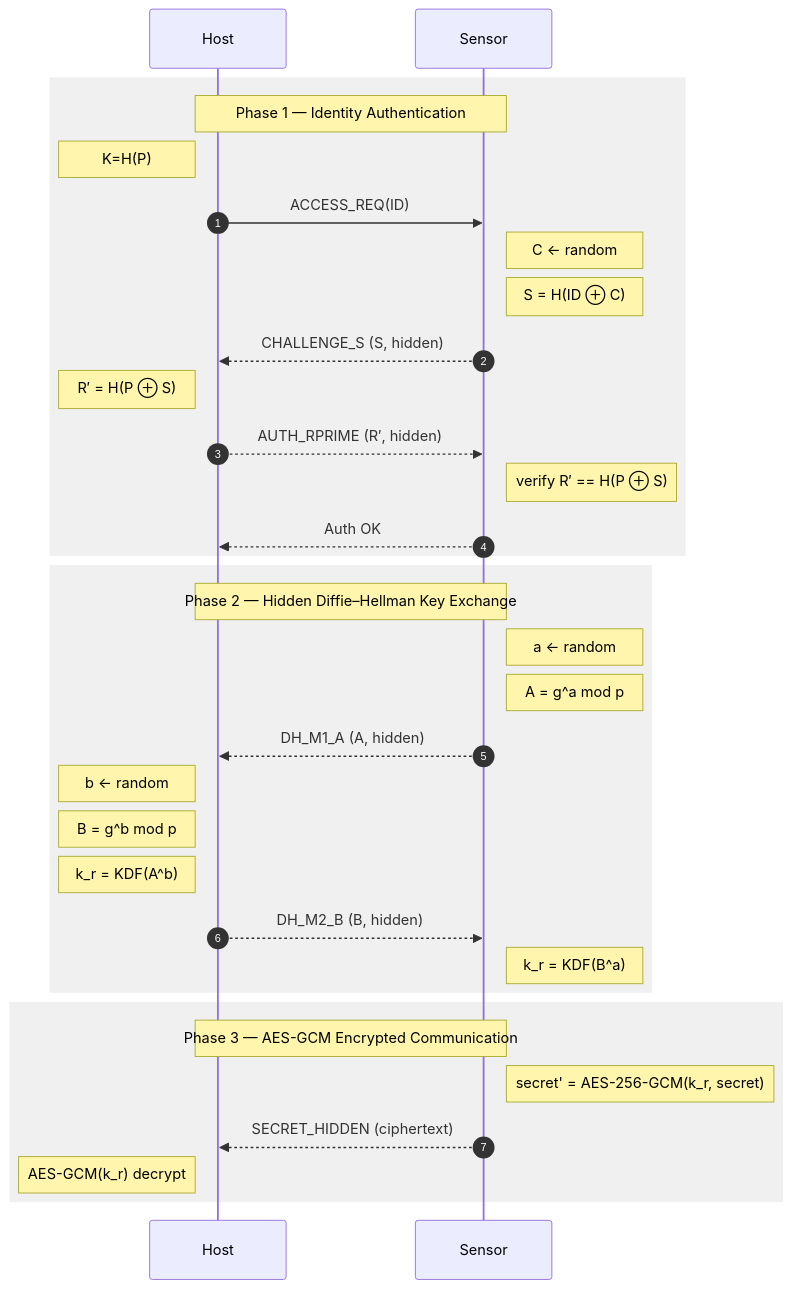
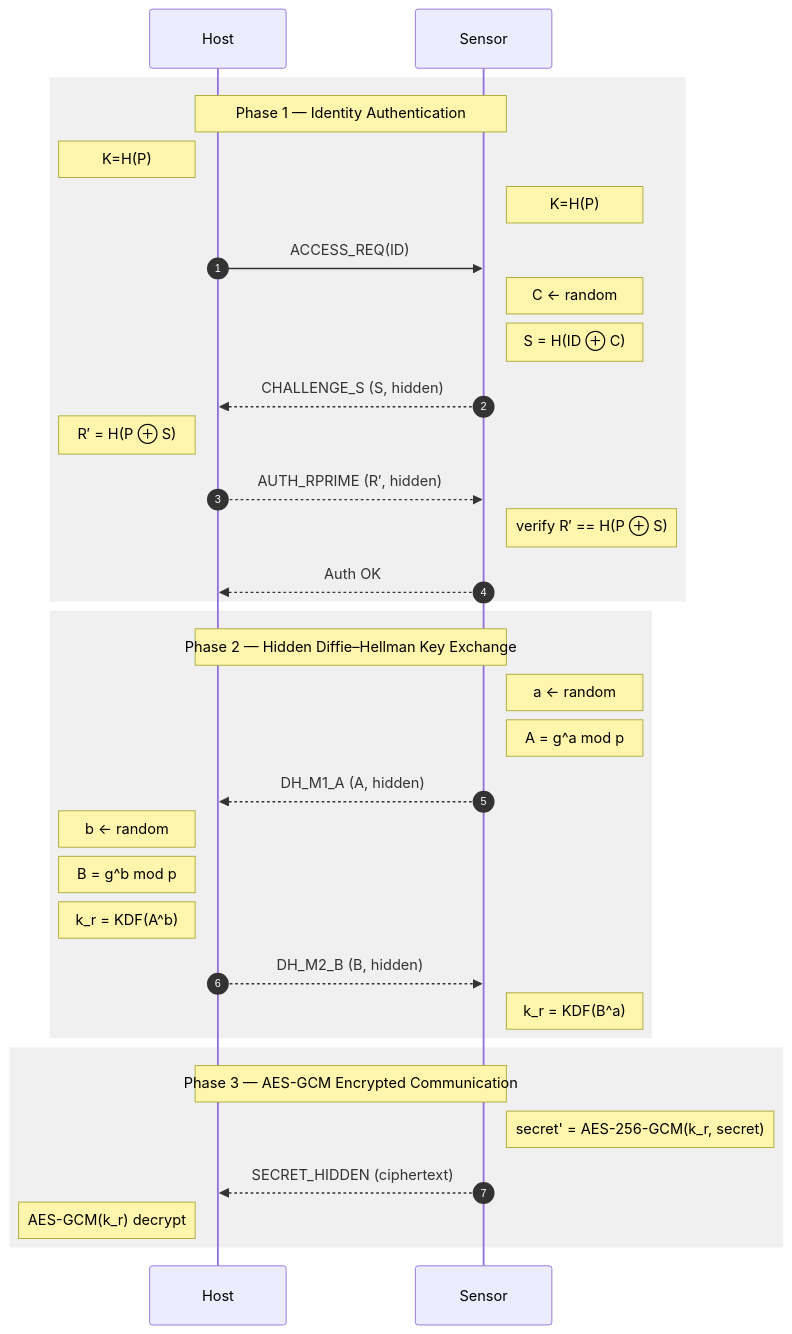
One commit to TracerWWW/iodraw-files changed the diagram in all/KR.md. Above: the diagram before and after it, drawn with Mermaid.

Commit message:
2026-02-13 17:00:38 update

````diff
--- a/all/KR.md
+++ b/all/KR.md
@@ -1,63 +1,63 @@
 ```mermaid
 sequenceDiagram
     autonumber
     participant Host
     participant Sensor
 
     %% =========================
     %% Phase 1: Identity Authentication
     %% =========================
     rect rgb(240,240,240)
     Note over Host,Sensor: Phase 1 — Identity Authentication
 
     Note left of Host: K=H(P)
-   
+    Note right of Sensor: K=H(P)
 
     Host->>Sensor: ACCESS_REQ(ID)
 
     Note right of Sensor: C ← random
     Note right of Sensor: S = H(ID ⊕ C)
 
     Sensor-->>Host: CHALLENGE_S (S, hidden)
 
     Note left of Host: R′ = H(P ⊕ S)
 
     Host-->>Sensor: AUTH_RPRIME (R′, hidden)
 
     Note right of Sensor: verify R′ == H(P ⊕ S)
     Sensor-->>Host: Auth OK
     end
 
     %% =========================
     %% Phase 2: DH Key Exchange
     %% =========================
     rect rgb(240,240,240)
     Note over Host,Sensor: Phase 2 — Hidden Diffie–Hellman Key Exchange
 
     Note right of Sensor: a ← random
     Note right of Sensor: A = g^a mod p
 
     Sensor-->>Host: DH_M1_A (A, hidden)
 
     Note left of Host: b ← random
     Note left of Host: B = g^b mod p
     Note left of Host: k_r = KDF(A^b)
 
     Host-->>Sensor: DH_M2_B (B, hidden)
 
     Note right of Sensor: k_r = KDF(B^a)
     end
 
     %% =========================
     %% Phase 3: Secure Communication
     %% =========================
     rect rgb(240,240,240)
     Note over Host,Sensor: Phase 3 — AES-GCM Encrypted Communication
 
     Note right of Sensor: secret' = AES-256-GCM(k_r, secret)
 
     Sensor-->>Host: SECRET_HIDDEN (ciphertext)
 
     Note left of Host: AES-GCM(k_r) decrypt
     end
 ```
````
